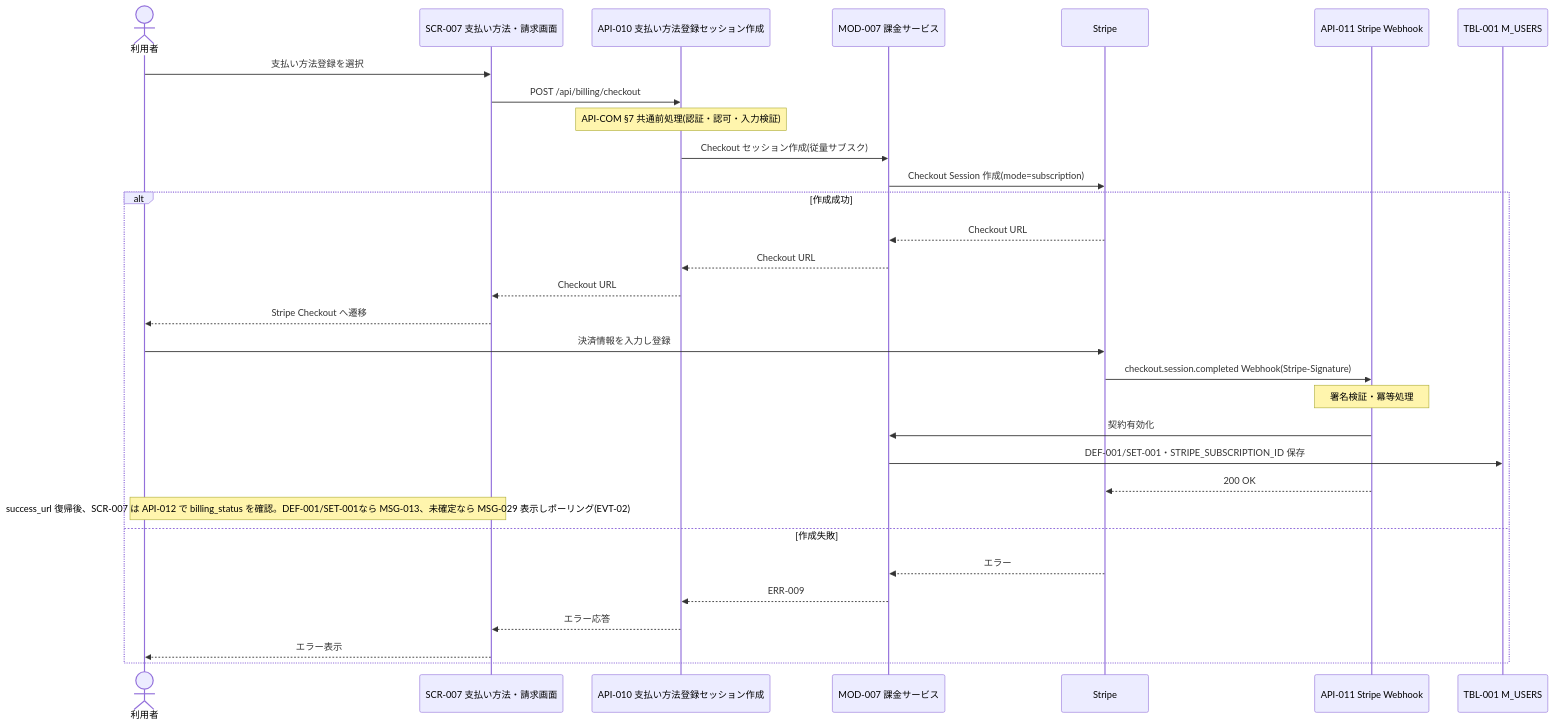
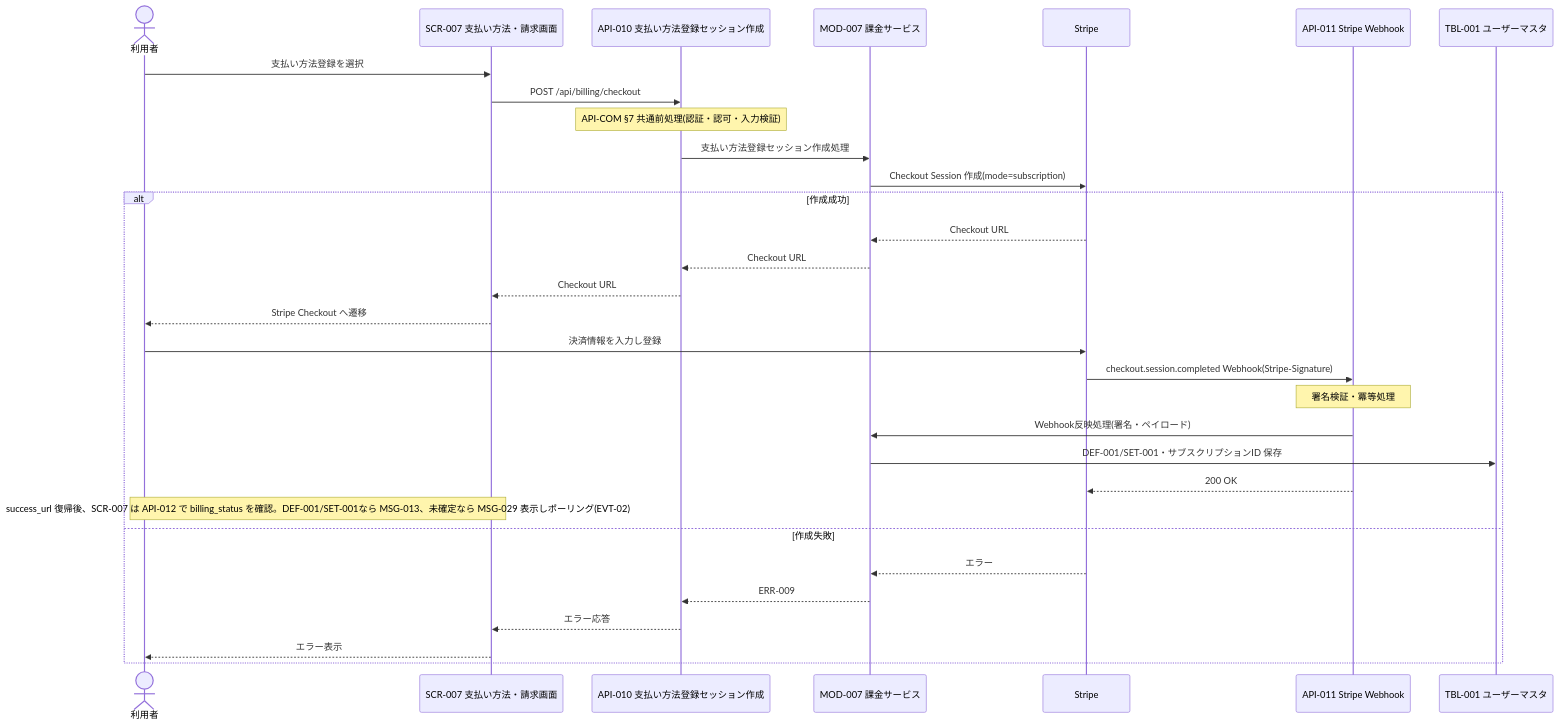
One commit to sikakou54/system-document-template changed the diagram in docs/03_機能設計/08_シーケンス設計/SEQ-004_支払い方法登録シーケンス.md. Above: the diagram before and after it, drawn with Mermaid. The commit also changed other lines of this file and 38 other files, not shown here.

````diff
--- a/docs/03_機能設計/08_シーケンス設計/SEQ-004_支払い方法登録シーケンス.md
+++ b/docs/03_機能設計/08_シーケンス設計/SEQ-004_支払い方法登録シーケンス.md
@@ -25,34 +25,34 @@
 ```mermaid
 sequenceDiagram
     actor U as 利用者
     participant SCR as SCR-007 支払い方法・請求画面
     participant API10 as API-010 支払い方法登録セッション作成
     participant MOD as MOD-007 課金サービス
     participant STR as Stripe
     participant API11 as API-011 Stripe Webhook
-    participant USR as TBL-001 M_USERS
+    participant USR as TBL-001 ユーザーマスタ
 
     U->>SCR: 支払い方法登録を選択
     SCR->>API10: POST /api/billing/checkout
     Note over API10: API-COM §7 共通前処理(認証・認可・入力検証)
-    API10->>MOD: Checkout セッション作成(従量サブスク)
+    API10->>MOD: 支払い方法登録セッション作成処理
     MOD->>STR: Checkout Session 作成(mode=subscription)
     alt 作成成功
         STR-->>MOD: Checkout URL
         MOD-->>API10: Checkout URL
         API10-->>SCR: Checkout URL
         SCR-->>U: Stripe Checkout へ遷移
         U->>STR: 決済情報を入力し登録
         STR->>API11: checkout.session.completed Webhook(Stripe-Signature)
         Note over API11: 署名検証・冪等処理
-        API11->>MOD: 契約有効化
-        MOD->>USR: DEF-001/SET-001・STRIPE_SUBSCRIPTION_ID 保存
+        API11->>MOD: Webhook反映処理(署名・ペイロード)
+        MOD->>USR: DEF-001/SET-001・サブスクリプションID 保存
         API11-->>STR: 200 OK
         Note over U,SCR: success_url 復帰後、SCR-007 は API-012 で billing_status を確認。DEF-001/SET-001なら MSG-013、未確定なら MSG-029 表示しポーリング(EVT-02)
     else 作成失敗
         STR-->>MOD: エラー
         MOD-->>API10: ERR-009
         API10-->>SCR: エラー応答
         SCR-->>U: エラー表示
     end
 ```
````
